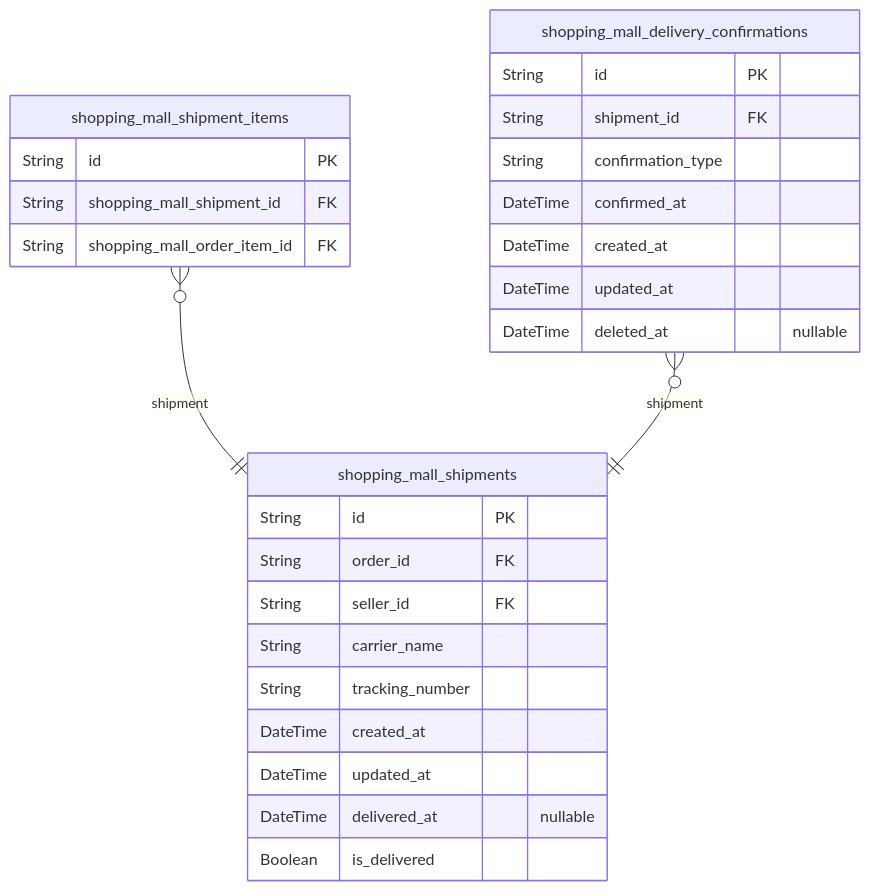
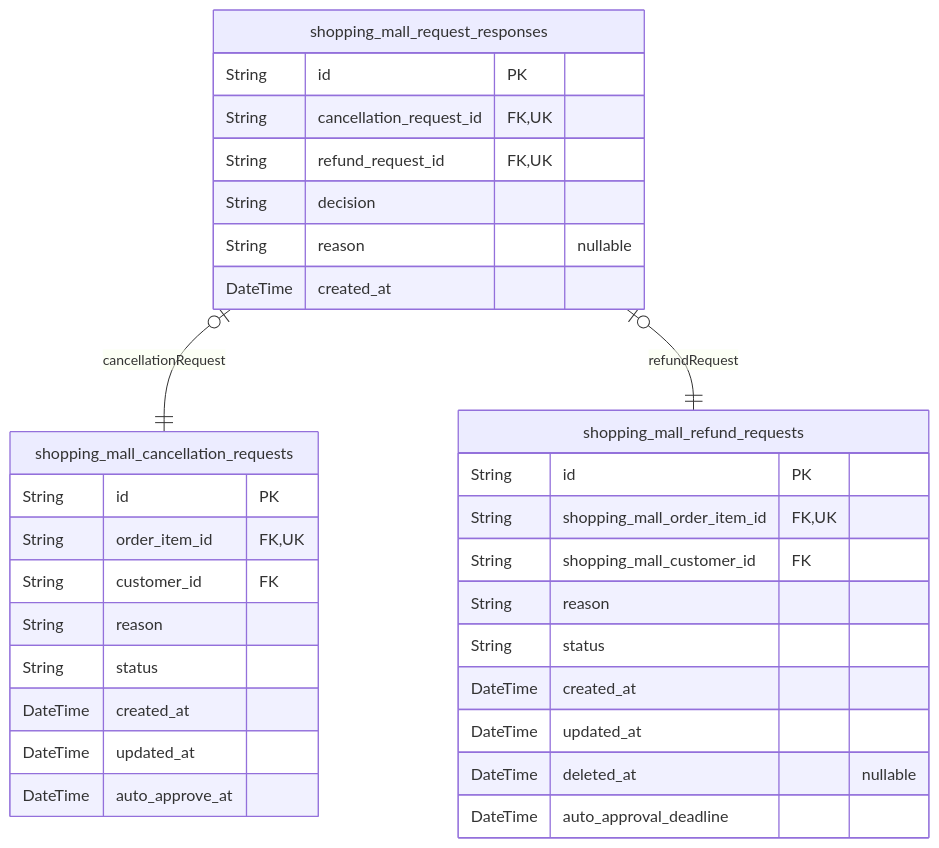
One commit to wrtnlabs/autobe-examples changed the eighth of 12 diagrams in qwen/qwen3-next-80b-a3b-instruct/shopping/docs/ERD.md. Above: the diagram before and after it, drawn with Mermaid. The commit also changed other lines of this file and 11104 other files, not shown here.

````diff
--- a/qwen/qwen3-next-80b-a3b-instruct/shopping/docs/ERD.md
+++ b/qwen/qwen3-next-80b-a3b-instruct/shopping/docs/ERD.md
@@ -1930,30 +1237,34 @@
 ```mermaid
 erDiagram
-"shopping_mall_shipments" {
+"shopping_mall_cancellation_requests" {
   String id PK
-  String order_id FK
-  String seller_id FK
-  String carrier_name
-  String tracking_number
+  String order_item_id FK,UK
+  String customer_id FK
+  String reason
+  String status
   DateTime created_at
   DateTime updated_at
-  DateTime delivered_at "nullable"
-  Boolean is_delivered
+  DateTime auto_approve_at
 }
-"shopping_mall_shipment_items" {
+"shopping_mall_refund_requests" {
   String id PK
-  String shopping_mall_shipment_id FK
-  String shopping_mall_order_item_id FK
-}
-"shopping_mall_delivery_confirmations" {
-  String id PK
-  String shipment_id FK
-  String confirmation_type
-  DateTime confirmed_at
+  String shopping_mall_order_item_id FK,UK
+  String shopping_mall_customer_id FK
+  String reason
+  String status
   DateTime created_at
   DateTime updated_at
   DateTime deleted_at "nullable"
+  DateTime auto_approval_deadline
 }
-"shopping_mall_shipment_items" }o--|| "shopping_mall_shipments" : shipment
-"shopping_mall_delivery_confirmations" }o--|| "shopping_mall_shipments" : shipment
+"shopping_mall_request_responses" {
+  String id PK
+  String cancellation_request_id FK,UK
+  String refund_request_id FK,UK
+  String decision
+  String reason "nullable"
+  DateTime created_at
+}
+"shopping_mall_request_responses" |o--|| "shopping_mall_cancellation_requests" : cancellationRequest
+"shopping_mall_request_responses" |o--|| "shopping_mall_refund_requests" : refundRequest
 ```
````
